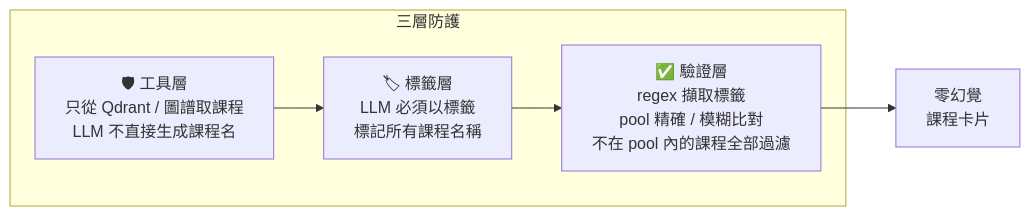
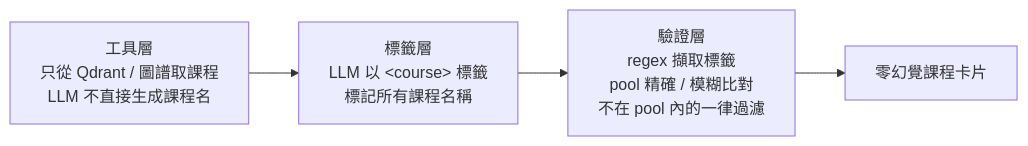
The ninth of 10 diagrams in docs/06-midterm-report/midterm-report.md (77JoyWang77/NCU_AI_Guidance), drawn with Mermaid before and after one commit. The commit also changed other lines of this file and 15 other files, not shown here.

````diff
--- a/docs/06-midterm-report/midterm-report.md
+++ b/docs/06-midterm-report/midterm-report.md
@@ -484,10 +511,8 @@
 ```mermaid
 flowchart LR
-    subgraph Defense["三層防護"]
-        D1["🛡 工具層<br/>只從 Qdrant / 圖譜取課程<br/>LLM 不直接生成課程名"]
-        D2["🏷 標籤層<br/>LLM 必須以標籤<br/>標記所有課程名稱"]
-        D3["✅ 驗證層<br/>regex 擷取標籤<br/>pool 精確 / 模糊比對<br/>不在 pool 內的課程全部過濾"]
-    end
+    D1["工具層<br/>只從 Qdrant / 圖譜取課程<br/>LLM 不直接生成課程名"]
+    D2["標籤層<br/>LLM 以 &lt;course&gt; 標籤<br/>標記所有課程名稱"]
+    D3["驗證層<br/>regex 擷取標籤<br/>pool 精確 / 模糊比對<br/>不在 pool 內的一律過濾"]
 
-    D1 --> D2 --> D3 --> Out["零幻覺<br/>課程卡片"]
+    D1 --> D2 --> D3 --> R["零幻覺課程卡片"]
 ```
````
